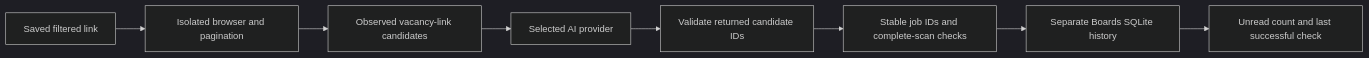
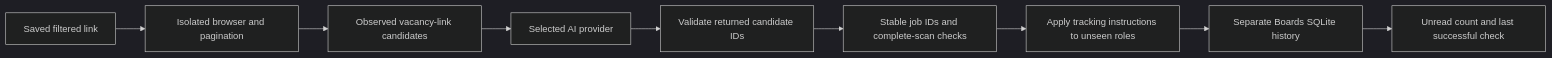
One commit to desigrit/zebby-the-scout-beta changed the diagram in docs/boards.md. Above: the diagram before and after it, drawn with Mermaid (dark theme). The commit also changed other lines of this file and 27 other files, not shown here.

````diff
--- a/docs/boards.md
+++ b/docs/boards.md
@@ -7,10 +7,11 @@
 ```mermaid
 flowchart LR
   A[Saved filtered link] --> B[Isolated browser and pagination]
   B --> C[Observed vacancy-link candidates]
   C --> D[Selected AI provider]
   D --> E[Validate returned candidate IDs]
   E --> F[Stable job IDs and complete-scan checks]
-  F --> G[Separate Boards SQLite history]
+  F --> I[Apply tracking instructions to unseen roles]
+  I --> G[Separate Boards SQLite history]
   G --> H[Unread count and last successful check]
 ```
````
